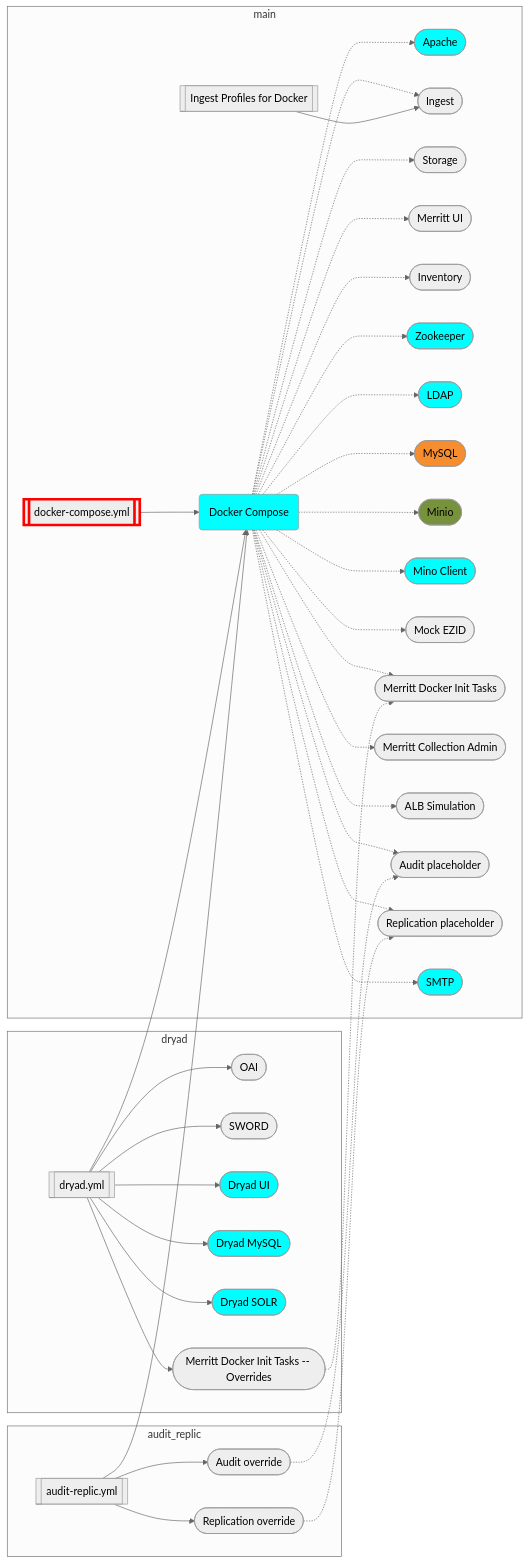
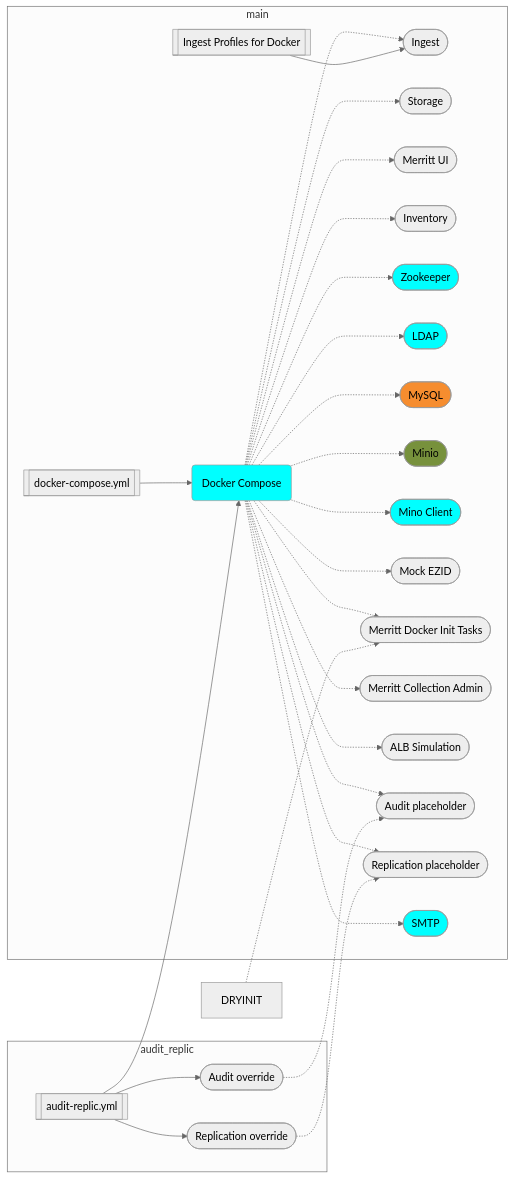
One commit to CDLUC3/mrt-doc changed the diagram in diagrams/docker.mmd. Above: the diagram before and after it, drawn with Mermaid. The commit also changed 1 other file, not shown here.

```diff
--- a/diagrams/docker.mmd
+++ b/diagrams/docker.mmd
@@ -1,110 +1,81 @@
 %%{init: {'theme': 'neutral', 'securityLevel': 'loose', 'themeVariables': {'fontFamily': 'arial'}}}%%
 graph LR
   DOCKYML[[docker-compose.yml]]
   click DOCKYML href "https://github.com/CDLUC3/merritt-docker/blob/main/mrt-services/docker-compose.yml" "source code"
   DOCK(Docker Compose)
-  APACHE([Apache])
-  click APACHE href "https://github.com/CDLUC3/merritt-docker/tree/main/mrt-services/apache" "source code"
   ING([Ingest])
   click ING href "https://github.com/CDLUC3/mrt-ingest" "source code"
   STORE([Storage])
   click STORE href "https://github.com/CDLUC3/mrt-store" "source code"
   UI([Merritt UI])
   click UI href "https://github.com/CDLUC3/mrt-dashboard" "source code"
   INV([Inventory])
   click INV href "https://github.com/CDLUC3/mrt-inventory" "source code"
   ZOO([Zookeeper])
   click ZOO href "https://github.com/CDLUC3/mrt-zoo" "source code"
   LDAP([LDAP])
   click LDAP href "https://github.com/CDLUC3/merritt-docker/tree/main/mrt-services/ldap" "source code"
   MYSQL([MySQL])
   click MYSQL href "https://github.com/CDLUC3/merritt-docker/tree/main/mrt-services/mysql" "source code"
   MINIO([Minio])
   click MINIO href "https://github.com/CDLUC3/merritt-docker/blob/main/mrt-services/docker-compose.yml#L193-L204" "source code"
   MINIOMC([Mino Client])
   click MINIOMC href "https://github.com/CDLUC3/merritt-docker/blob/main/mrt-services/docker-compose.yml#L206-L217" "source code"
   EZID([Mock EZID])
   click EZID href "https://github.com/CDLUC3/merritt-docker/blob/main/mrt-services/docker-compose.yml#L218-L229" "source code"
   INIT([Merritt Docker Init Tasks])
   click INIT href "https://github.com/CDLUC3/merritt-docker/blob/main/mrt-services/docker-compose.yml#L230-L249" "source code"
   COLLADMIN([Merritt Collection Admin])
   click COLLADMIN href "https://github.com/CDLUC3/mrt-admin-lambda" "source code"
   ALB([ALB Simulation])
   click ALB href "https://github.com/CDLUC3/mrt-admin-lambda/tree/main/simulate-lambda-alb" "source code"
   AUDIT([Audit placeholder])
   REPLIC([Replication placeholder])
   SMTP([SMTP])
   click SMTP href "https://github.com/CDLUC3/merritt-docker/blob/main/mrt-services/docker-compose.yml#L165-L170" "source code"
   INPROF[[Ingest Profiles for Docker]]
   click INPROF href "https://github.com/CDLUC3/merritt-docker/tree/main/mrt-services/ingest/profiles" "source code"
 
   subgraph main
     DOCKYML --> DOCK
-    DOCK -.-> APACHE
     DOCK -.-> ING
     DOCK -.-> STORE
     DOCK -.-> UI
     DOCK -.-> INV
     DOCK -.-> ZOO
     DOCK -.-> LDAP
     DOCK -.-> MYSQL
     DOCK -.-> MINIO
     DOCK -.-> MINIOMC
     DOCK -.-> EZID
     DOCK -.-> INIT
     DOCK -.-> COLLADMIN
     DOCK -.-> ALB
     DOCK -.-> AUDIT
     DOCK -.-> REPLIC
     DOCK -.-> SMTP
     INPROF --> ING
   end
 
-  DRYADYML[[dryad.yml]]
-  OAI([OAI])
-  click OAI href "https://github.com/CDLUC3/mrt-oai" "source code"
-  SWORD([SWORD])
-  click SWORD href "https://github.com/CDLUC3/mrt-sword" "source code"
-  DRYAD([Dryad UI])
-  click DRYAD href "https://datadryad.org/" "service link"
-  DRYADMYSQL([Dryad MySQL])
-  SOLR([Dryad SOLR])
-  DRYINIT([Merritt Docker Init Tasks -- Overrides])
-  DRYADYML --> DOCK
-
-  subgraph dryad
-    DRYADYML --> OAI
-    DRYADYML --> SWORD
-    DRYADYML --> DRYAD
-    DRYADYML --> DRYADMYSQL
-    DRYADYML --> SOLR
-    DRYADYML --> DRYINIT
-  end
-
   ARYML[[audit-replic.yml]]
   AUDIT2([Audit override])
   REPLIC2([Replication override])
   ARYML --> DOCK
 
   subgraph audit_replic
     ARYML --> AUDIT2
     ARYML --> REPLIC2
   end
 
   AUDIT2 -.-> AUDIT
   REPLIC2 -.-> REPLIC
   DRYINIT -.-> INIT
 
-  style DOCKYML stroke:red,stroke-width:4px
   style DOCK fill:cyan
-  style APACHE fill:cyan
   style ZOO fill:cyan
   style LDAP fill:cyan
   style MINIO fill:cyan
   style MINIOMC fill:cyan
   style SMTP fill:cyan
-  style DRYAD fill:cyan
-  style DRYADMYSQL fill:cyan
-  style SOLR fill:cyan
   style MINIO fill:#77913C
   style MYSQL fill:#F68D2F
```
